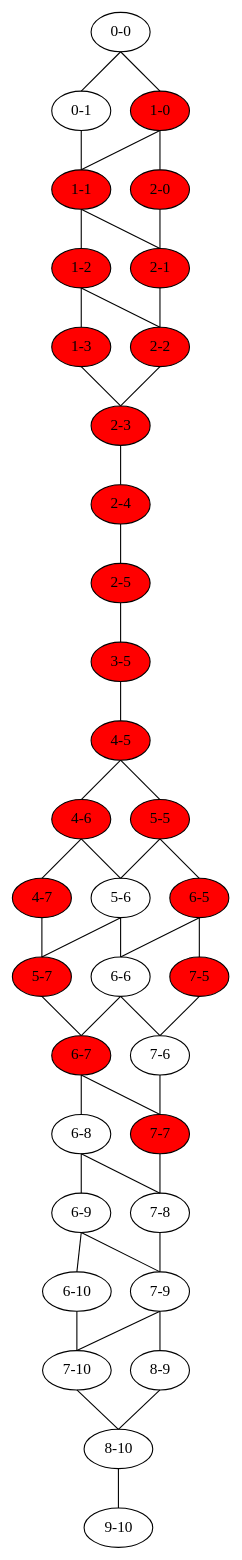
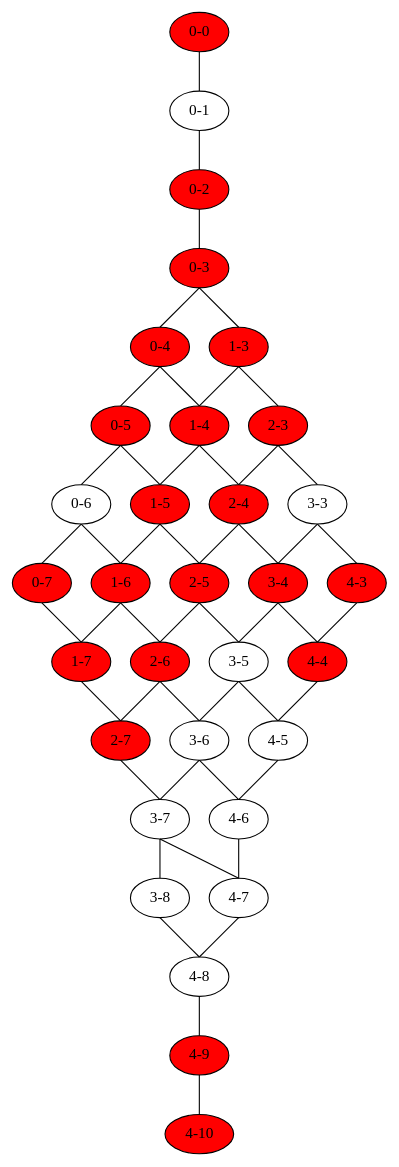
One commit to robzenn92/distributedAlgorithms changed the diagram in out/latticeWithVar.dot. Above: the diagram before and after it, drawn with Graphviz. The commit also changed 4 other files, not shown here.

```diff
--- a/out/latticeWithVar.dot
+++ b/out/latticeWithVar.dot
@@ -1,115 +1,101 @@
 digraph item_set {
 
 // set edge attribute
 edge [dir = none tailport = "s" headport = "n"]
 splines=false
 
 // the 1o layer
 0 [label = "0-0"];
 
 // the 2o layer
 1 [label = "0-1"];
-10 [label = "1-0"];
 
 // the 3o layer
-11 [label = "1-1"];
-20 [label = "2-0"];
+2 [label = "0-2"];
 
 // the 4o layer
-12 [label = "1-2"];
-21 [label = "2-1"];
+3 [label = "0-3"];
 
 // the 5o layer
+4 [label = "0-4"];
 13 [label = "1-3"];
-22 [label = "2-2"];
 
 // the 6o layer
+5 [label = "0-5"];
+14 [label = "1-4"];
 23 [label = "2-3"];
 
 // the 7o layer
+6 [label = "0-6"];
+15 [label = "1-5"];
 24 [label = "2-4"];
+33 [label = "3-3"];
 
 // the 8o layer
+7 [label = "0-7"];
+16 [label = "1-6"];
 25 [label = "2-5"];
+34 [label = "3-4"];
+43 [label = "4-3"];
 
 // the 9o layer
+17 [label = "1-7"];
+26 [label = "2-6"];
 35 [label = "3-5"];
+44 [label = "4-4"];
 
 // the 10o layer
+27 [label = "2-7"];
+36 [label = "3-6"];
 45 [label = "4-5"];
 
 // the 11o layer
+37 [label = "3-7"];
 46 [label = "4-6"];
-55 [label = "5-5"];
 
 // the 12o layer
+38 [label = "3-8"];
 47 [label = "4-7"];
-56 [label = "5-6"];
-65 [label = "6-5"];
 
 // the 13o layer
-57 [label = "5-7"];
-66 [label = "6-6"];
-75 [label = "7-5"];
+48 [label = "4-8"];
 
 // the 14o layer
-67 [label = "6-7"];
-76 [label = "7-6"];
+49 [label = "4-9"];
 
 // the 15o layer
-68 [label = "6-8"];
-77 [label = "7-7"];
+410 [label = "4-10"];
 
-// the 16o layer
-69 [label = "6-9"];
-78 [label = "7-8"];
-
-// the 17o layer
-79 [label = "7-9"];
-610 [label = "6-10"];
-
-// the 18o layer
-89 [label = "8-9"];
-710 [label = "7-10"];
-
-// the 19o layer
-810 [label = "8-10"];
-
-// the 20o layer
-910 [label = "9-10"];
-
-0 -> {10,1}
-1 -> {11}
-10 -> {20,11}
-11 -> {21,12}
-12 -> {22,13}
-13 -> {23}
-20 -> {21}
-21 -> {22}
-22 -> {23}
-23 -> {24}
-24 -> {25}
-25 -> {35}
-35 -> {45}
-45 -> {55,46}
-46 -> {56,47}
-47 -> {57}
-55 -> {65,56}
-56 -> {66,57}
-57 -> {67}
-65 -> {75,66}
-66 -> {76,67}
-67 -> {77,68}
-68 -> {78,69}
-69 -> {79,610}
-75 -> {76}
-76 -> {77}
-77 -> {78}
-78 -> {79}
-79 -> {89,710}
-89 -> {810}
-610 -> {710}
-710 -> {810}
-810 -> {910}
-10,11,12,13,20,21,22,23,24,25,35,45,46,47,55,57,65,67,75,77[style=filled fillcolor="red"]
+0 -> {1}
+1 -> {2}
+2 -> {3}
+3 -> {13,4}
+4 -> {14,5}
+5 -> {15,6}
+6 -> {16,7}
+7 -> {17}
+13 -> {23,14}
+14 -> {24,15}
+15 -> {25,16}
+16 -> {26,17}
+17 -> {27}
+23 -> {33,24}
+24 -> {34,25}
+25 -> {35,26}
+26 -> {36,27}
+27 -> {37}
+33 -> {43,34}
+34 -> {44,35}
+35 -> {45,36}
+36 -> {46,37}
+37 -> {47,38}
+38 -> {48}
+43 -> {44}
+44 -> {45}
+45 -> {46}
+46 -> {47}
+47 -> {48}
+48 -> {49}
+49 -> {410}
+0,2,3,4,5,7,13,14,15,16,17,23,24,25,26,27,34,43,44,49,410[style=filled fillcolor="red"]
 }
```
